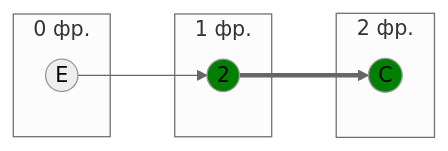
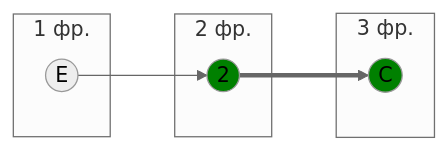
One commit to algos-ris-24-4/manual-tasks changed the seventh of 11 diagrams in Задание 8/brigada.md. Above: the diagram before and after it, drawn with Mermaid (neutral theme). The commit also changed other lines of this file, not shown here.

````diff
--- a/Задание 8/brigada.md
+++ b/Задание 8/brigada.md
@@ -291,16 +307,16 @@
 ```mermaid
 graph LR
-    subgraph " 0 фр."
+    subgraph " 1 фр."
         E((E))
     end
-    subgraph " 1 фр."
+    subgraph " 2 фр."
         2((2))
     end
-    subgraph " 2 фр."
+    subgraph " 3 фр."
         C((C))
     end
     E --> 2 ==> C
     
     style C fill:#008000
     style 2 fill:#008000
 ```
````
